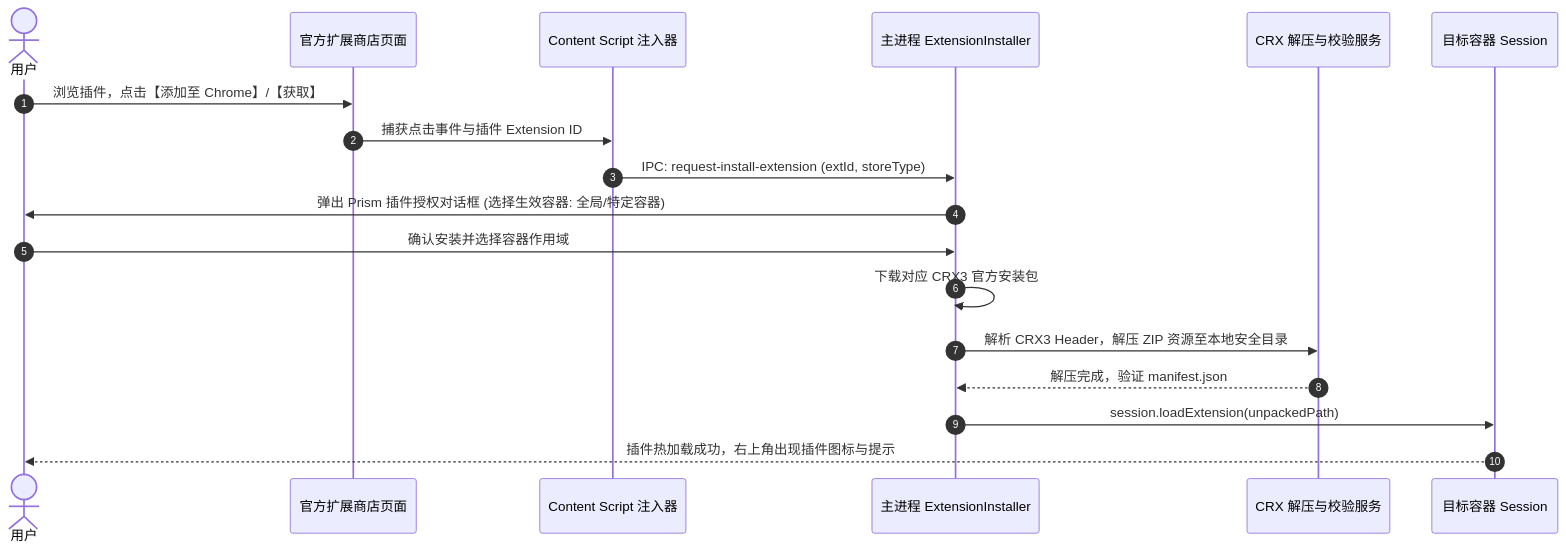
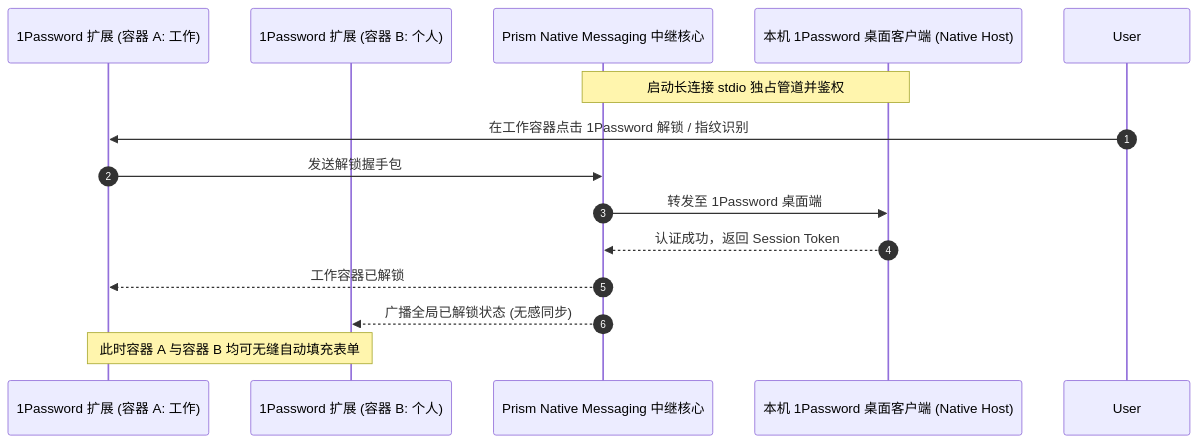
The second of 3 diagrams in specs/functional_specification.md (rfooox/Prism), drawn with Mermaid before and after one commit. The commit also changed other lines of this file and 2 other files, not shown here.

````diff
--- a/specs/functional_specification.md
+++ b/specs/functional_specification.md
@@ -138,21 +201,17 @@
 ```mermaid
 sequenceDiagram
     autonumber
-    actor User as 用户
-    participant StorePage as 官方扩展商店页面
-    participant InjectScript as Content Script 注入器
-    participant MainEngine as 主进程 ExtensionInstaller
-    participant UnpackService as CRX 解压与校验服务
-    participant TargetSession as 目标容器 Session
+    participant ExtA as 1Password 扩展 (容器 A: 工作)
+    participant ExtB as 1Password 扩展 (容器 B: 个人)
+    participant Relay as Prism Native Messaging 中继核心
+    participant Host as 本机 1Password 桌面客户端 (Native Host)
 
-    User->>StorePage: 浏览插件，点击【添加至 Chrome】/【获取】
-    StorePage->>InjectScript: 捕获点击事件与插件 Extension ID
-    InjectScript->>MainEngine: IPC: request-install-extension (extId, storeType)
-    MainEngine->>User: 弹出 Prism 插件授权对话框 (选择生效容器: 全局/特定容器)
-    User->>MainEngine: 确认安装并选择容器作用域
-    MainEngine->>MainEngine: 下载对应 CRX3 官方安装包
-    MainEngine->>UnpackService: 解析 CRX3 Header，解压 ZIP 资源至本地安全目录
-    UnpackService-->>MainEngine: 解压完成，验证 manifest.json
-    MainEngine->>TargetSession: session.loadExtension(unpackedPath)
-    TargetSession-->>User: 插件热加载成功，右上角出现插件图标与提示
+    Note over Relay, Host: 启动长连接 stdio 独占管道并鉴权
+    User->>ExtA: 在工作容器点击 1Password 解锁 / 指纹识别
+    ExtA->>Relay: 发送解锁握手包
+    Relay->>Host: 转发至 1Password 桌面端
+    Host-->>Relay: 认证成功，返回 Session Token
+    Relay-->>ExtA: 工作容器已解锁
+    Relay-->>ExtB: 广播全局已解锁状态 (无感同步)
+    Note over ExtA, ExtB: 此时容器 A 与容器 B 均可无缝自动填充表单
 ```
````
